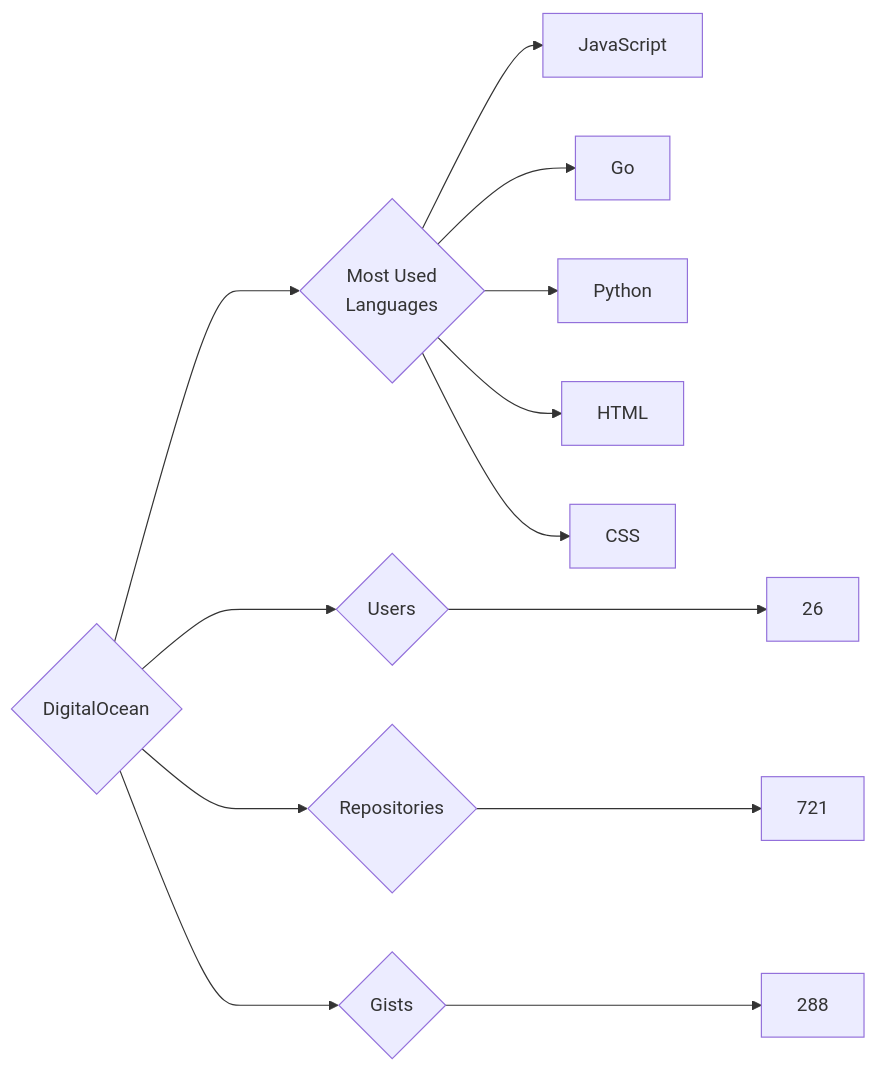
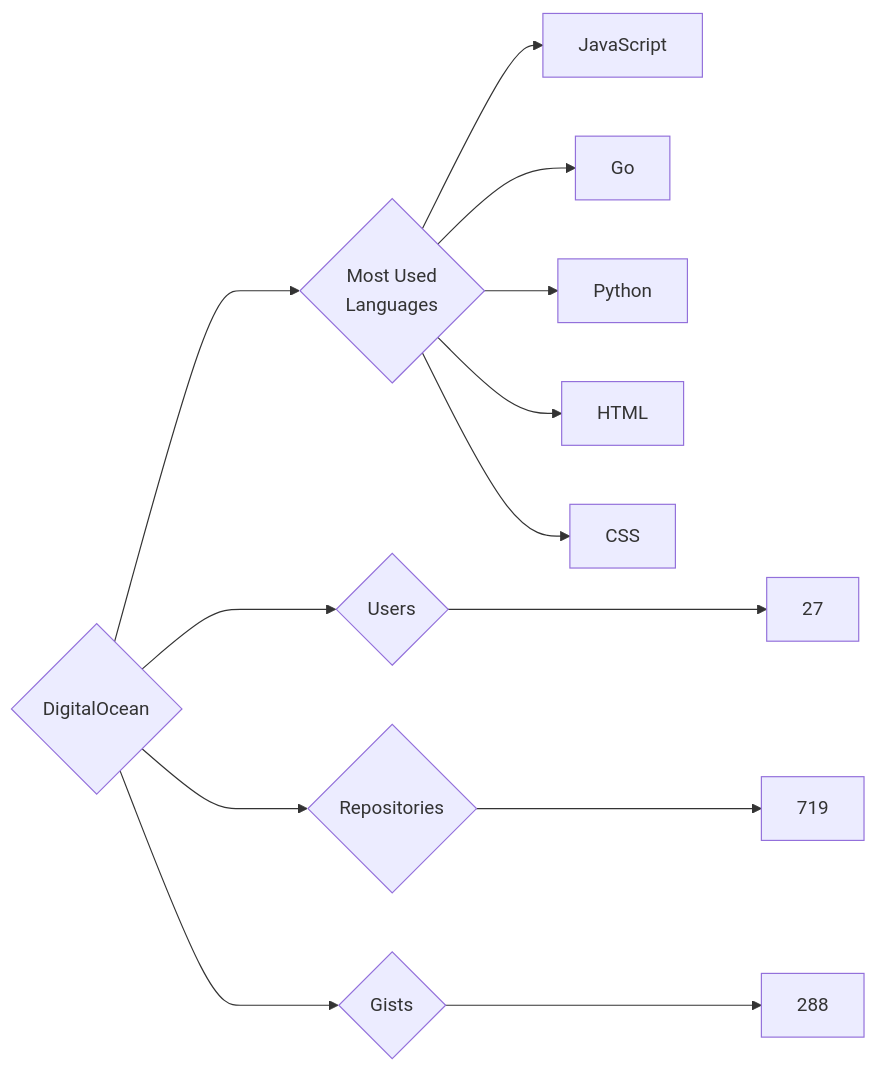
One commit to trickest/insiders changed the diagram in targets/DigitalOcean/README.md. Above: the diagram before and after it, drawn with Mermaid. The commit also changed 1030 other files, not shown here.

````diff
--- a/targets/DigitalOcean/README.md
+++ b/targets/DigitalOcean/README.md
@@ -3,13 +3,13 @@
 ```mermaid
 graph LR
 COMPANY_NAME{DigitalOcean}
-COMPANY_NAME ---> U{Users} ---> UN[26]
-COMPANY_NAME ---> R{Repositories} ---> RN[721]
+COMPANY_NAME ---> U{Users} ---> UN[27]
+COMPANY_NAME ---> R{Repositories} ---> RN[719]
 COMPANY_NAME ---> G{Gists} ---> GN[288]
 COMPANY_NAME ---> ML{Most Used<br>Languages}
 ML --> JavaScript[JavaScript]
 ML --> Go[Go]
 ML --> Python[Python]
 ML --> HTML[HTML]
 ML --> CSS[CSS]
 ```
````
